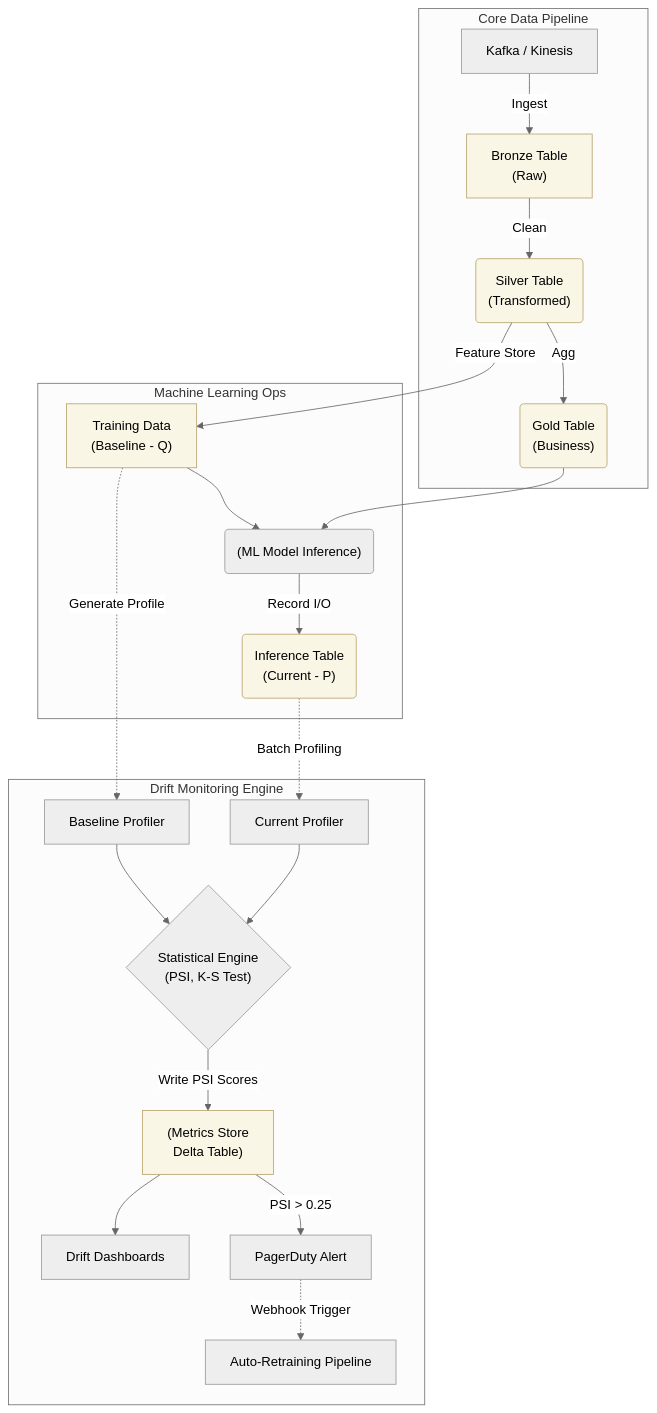
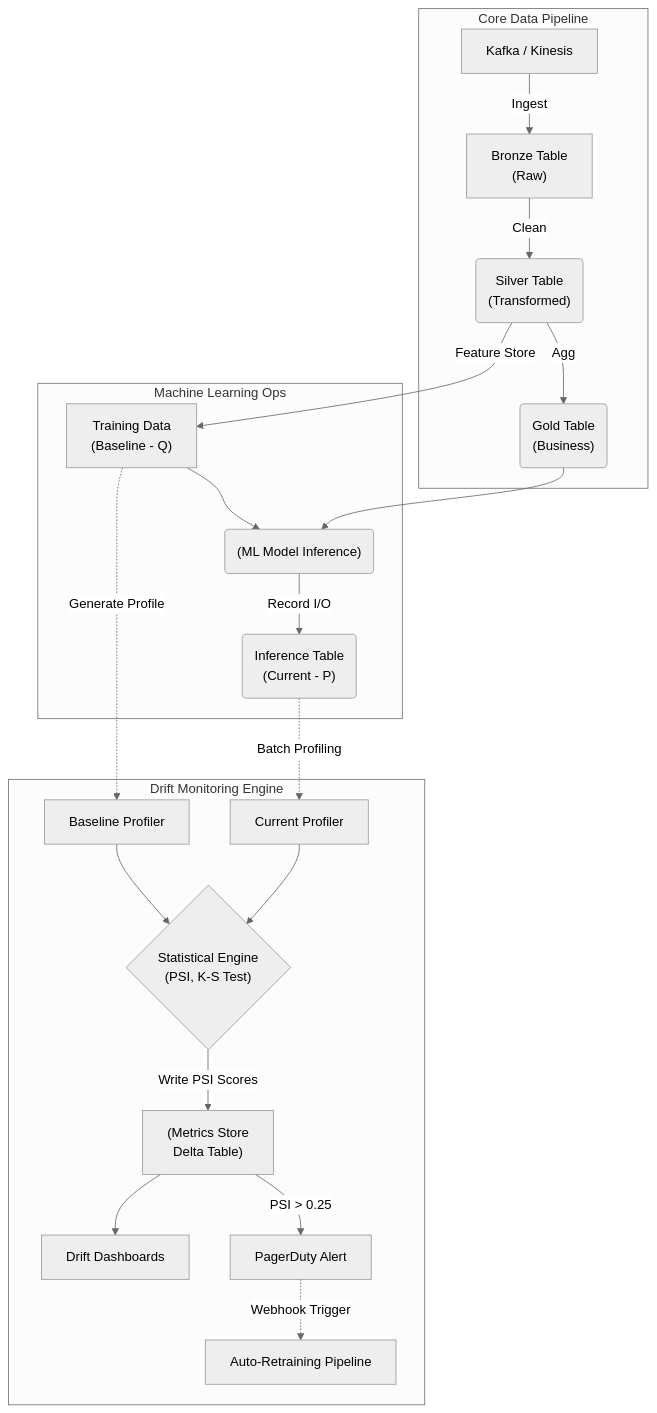
Before and after one commit to kythuatdulieu/kythuatdulieu.github.io: the diagram in src/content/docs/concepts/7-dataops-orchestration-quality/distribution-drift.md, drawn with Mermaid (neutral theme). The commit also changed 686 other files, not shown here.

````diff
--- a/src/content/docs/concepts/7-dataops-orchestration-quality/distribution-drift.md
+++ b/src/content/docs/concepts/7-dataops-orchestration-quality/distribution-drift.md
@@ -60,31 +60,29 @@
 ```mermaid
 graph TD
     subgraph Core Data Pipeline
         A["Kafka / Kinesis"] -->|Ingest| B["Bronze Table<br/>(Raw)"]
         B -->|Clean| C("Silver Table<br/>(Transformed)")
         C -->|Agg| D("Gold Table<br/>(Business)")
     end
     
     subgraph Machine Learning Ops
         C -->|Feature Store| E["Training Data<br/>(Baseline - Q)"]
         E --> F("(ML Model Inference)")
         D --> F
         F -->|Record I/O| G("Inference Table<br/>(Current - P)")
     end
 
     subgraph Observability_Plane["Drift Monitoring Engine"]
         E -.->|Generate Profile| H["Baseline Profiler"]
         G -.->|Batch Profiling| I["Current Profiler"]
         
         H --> J{"Statistical Engine<br/>(PSI, K-S Test)"}
         I --> J
         
         J -->|Write PSI Scores| K["(Metrics Store<br/>Delta Table)"]
         K --> L["Drift Dashboards"]
         K -->|PSI > 0.25| M["PagerDuty Alert"]
         M -.->|Webhook Trigger| N["Auto-Retraining Pipeline"]
     end
-    
-    classDef storage fill:#f9f6e5,stroke:#b8a36c;
     class B,C,D,E,G,K storage;
 ```
````
